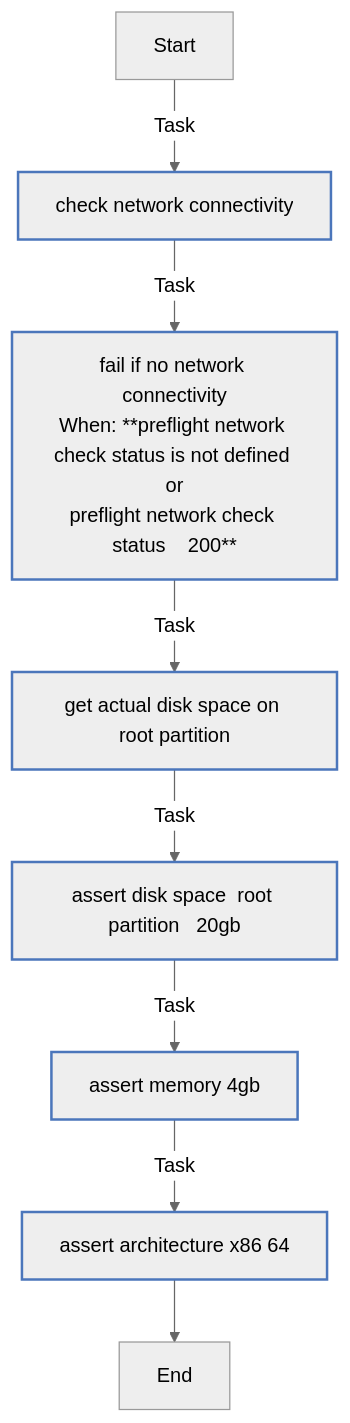
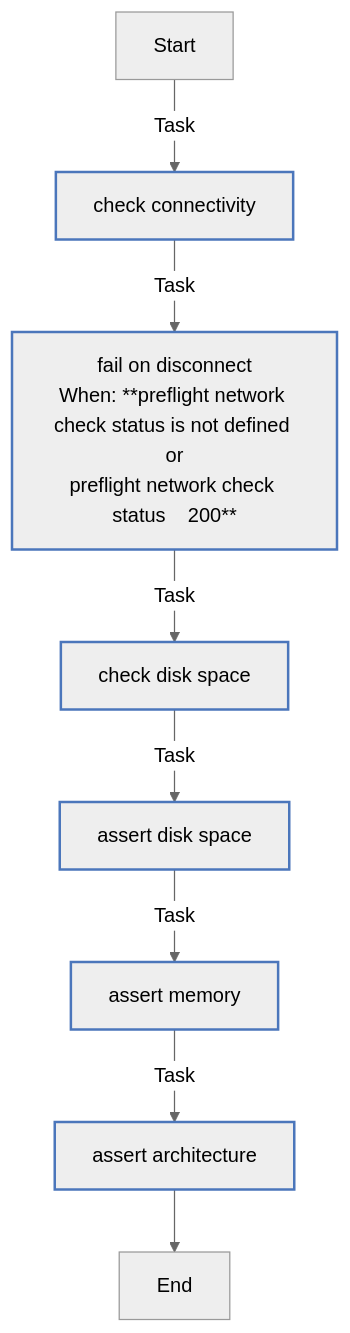
One commit to rou-cru/k3s-homelab changed the diagram in roles/preflight/README.md. Above: the diagram before and after it, drawn with Mermaid (neutral theme). The commit also changed other lines of this file and 16 other files, not shown here.

````diff
--- a/roles/preflight/README.md
+++ b/roles/preflight/README.md
@@ -65,20 +65,20 @@
 ```mermaid
 flowchart TD
 Start
 classDef block stroke:#3498db,stroke-width:2px;
 classDef task stroke:#4b76bb,stroke-width:2px;
 classDef includeTasks stroke:#16a085,stroke-width:2px;
 classDef importTasks stroke:#34495e,stroke-width:2px;
 classDef includeRole stroke:#2980b9,stroke-width:2px;
 classDef importRole stroke:#699ba7,stroke-width:2px;
 classDef includeVars stroke:#8e44ad,stroke-width:2px;
 classDef rescue stroke:#665352,stroke-width:2px;
 
-  Start-->|Task| Check_network_connectivity0[check network connectivity]:::task
-  Check_network_connectivity0-->|Task| Fail_if_no_network_connectivity1[fail if no network connectivity<br>When: **preflight network check status is not defined or<br>preflight network check status    200**]:::task
-  Fail_if_no_network_connectivity1-->|Task| Get_actual_disk_space_on_root_partition2[get actual disk space on root partition]:::task
-  Get_actual_disk_space_on_root_partition2-->|Task| Assert_Disk_Space__Root_Partition___20GB_3[assert disk space  root partition   20gb ]:::task
-  Assert_Disk_Space__Root_Partition___20GB_3-->|Task| Assert_Memory____4GB_4[assert memory    4gb ]:::task
-  Assert_Memory____4GB_4-->|Task| Assert_Architecture__x86_64_5[assert architecture  x86 64 ]:::task
-  Assert_Architecture__x86_64_5-->End
+  Start-->|Task| Check_connectivity0[check connectivity]:::task
+  Check_connectivity0-->|Task| Fail_on_disconnect1[fail on disconnect<br>When: **preflight network check status is not defined or<br>preflight network check status    200**]:::task
+  Fail_on_disconnect1-->|Task| Check_disk_space2[check disk space]:::task
+  Check_disk_space2-->|Task| Assert_disk_space3[assert disk space]:::task
+  Assert_disk_space3-->|Task| Assert_memory4[assert memory]:::task
+  Assert_memory4-->|Task| Assert_architecture5[assert architecture]:::task
+  Assert_architecture5-->End
 ```
````
